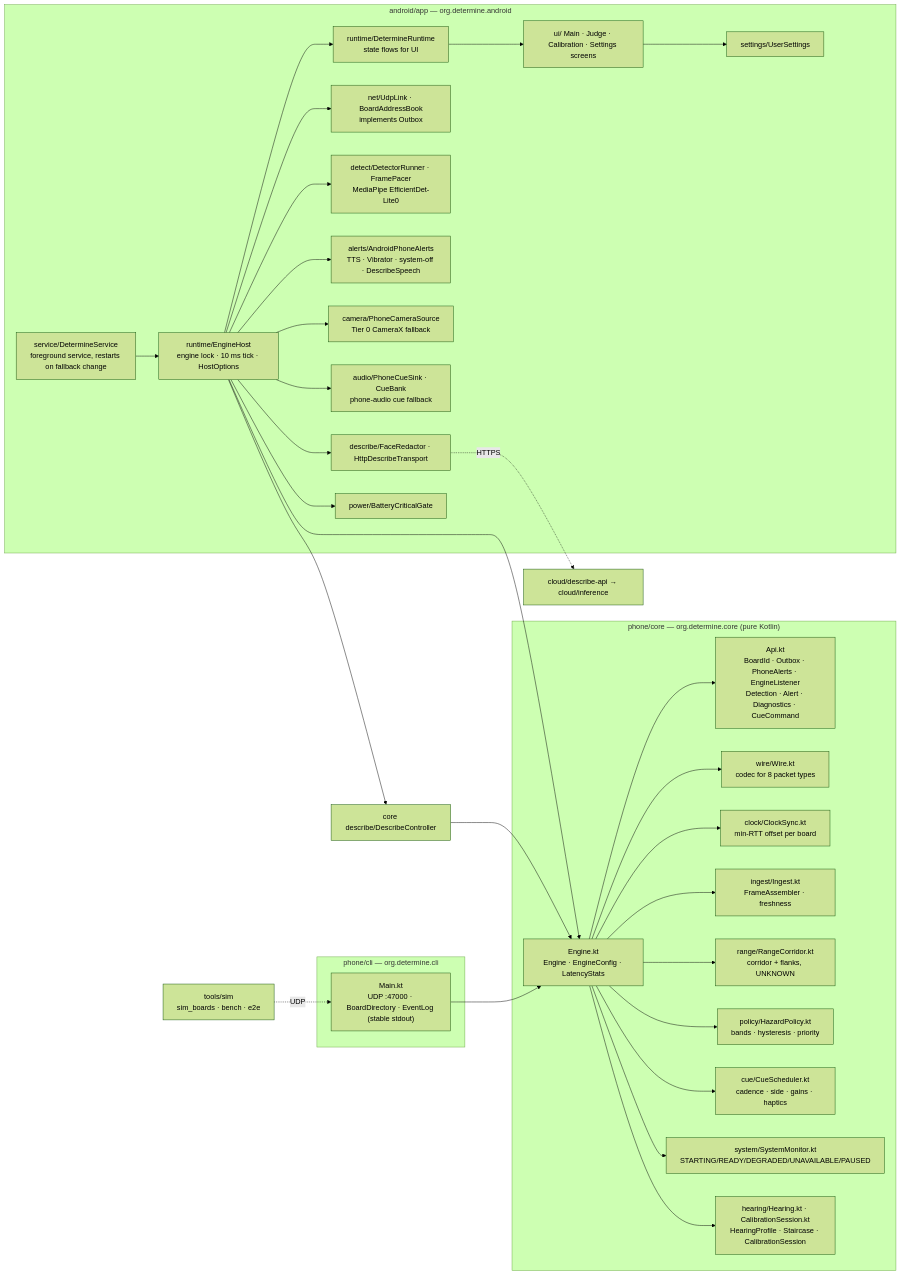
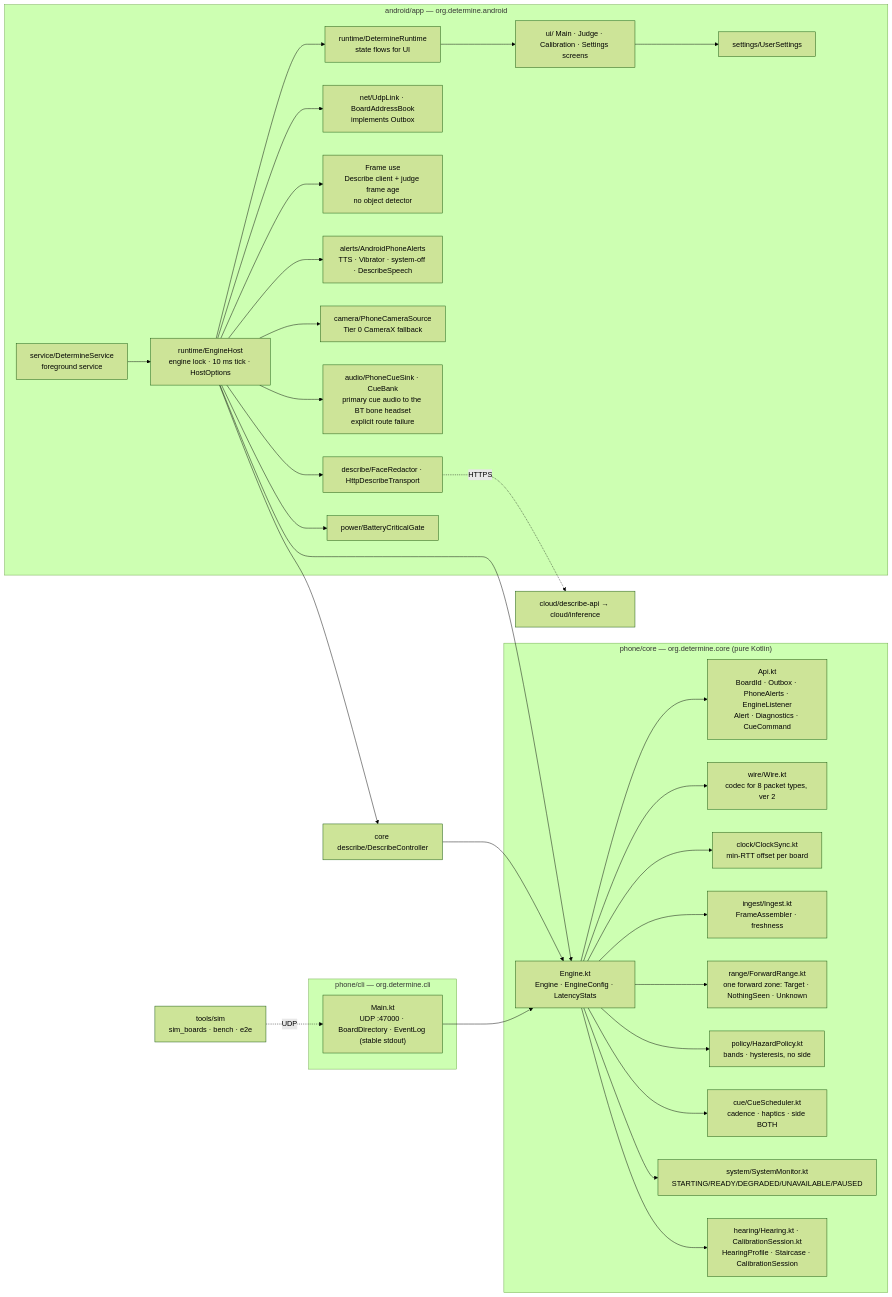
The ninth of 9 diagrams in docs/flows/software.md (nunera/Determine), drawn with Mermaid (forest theme) before and after one commit. The commit also changed other lines of this file and 159 other files, not shown here.

````diff
--- a/docs/flows/software.md
+++ b/docs/flows/software.md
@@ -236,46 +240,46 @@
 ```mermaid
 flowchart LR
   subgraph core["phone/core — org.determine.core (pure Kotlin)"]
-    API["Api.kt<br/>BoardId · Outbox · PhoneAlerts · EngineListener<br/>Detection · Alert · Diagnostics · CueCommand"]
+    API["Api.kt<br/>BoardId · Outbox · PhoneAlerts · EngineListener<br/>Alert · Diagnostics · CueCommand"]
     ENG["Engine.kt<br/>Engine · EngineConfig · LatencyStats"]
-    WIRE["wire/Wire.kt<br/>codec for 8 packet types"]
+    WIRE["wire/Wire.kt<br/>codec for 8 packet types, ver 2"]
     CLK["clock/ClockSync.kt<br/>min-RTT offset per board"]
     ING["ingest/Ingest.kt<br/>FrameAssembler · freshness"]
-    RNG["range/RangeCorridor.kt<br/>corridor + flanks, UNKNOWN"]
-    POL["policy/HazardPolicy.kt<br/>bands · hysteresis · priority"]
-    CUE["cue/CueScheduler.kt<br/>cadence · side · gains · haptics"]
+    RNG["range/ForwardRange.kt<br/>one forward zone: Target · NothingSeen · Unknown"]
+    POL["policy/HazardPolicy.kt<br/>bands · hysteresis, no side"]
+    CUE["cue/CueScheduler.kt<br/>cadence · haptics · side BOTH"]
     SYS["system/SystemMonitor.kt<br/>STARTING/READY/DEGRADED/UNAVAILABLE/PAUSED"]
     HEAR["hearing/Hearing.kt · CalibrationSession.kt<br/>HearingProfile · Staircase · CalibrationSession"]
   end
   ENG --> WIRE & CLK & ING & RNG & POL & CUE & SYS & HEAR
   ENG --> API
   subgraph cli["phone/cli — org.determine.cli"]
     MAIN["Main.kt<br/>UDP :47000 · BoardDirectory · EventLog (stable stdout)"]
   end
   MAIN --> ENG
   subgraph app["android/app — org.determine.android"]
-    SVC["service/DetermineService<br/>foreground service, restarts on fallback change"]
+    SVC["service/DetermineService<br/>foreground service"]
     HOST["runtime/EngineHost<br/>engine lock · 10 ms tick · HostOptions"]
     RT["runtime/DetermineRuntime<br/>state flows for UI"]
     UDP["net/UdpLink · BoardAddressBook<br/>implements Outbox"]
-    DET["detect/DetectorRunner · FramePacer<br/>MediaPipe EfficientDet-Lite0"]
+    FRM["Frame use<br/>Describe client + judge frame age<br/>no object detector"]
     ALR["alerts/AndroidPhoneAlerts<br/>TTS · Vibrator · system-off · DescribeSpeech"]
     CAMS["camera/PhoneCameraSource<br/>Tier 0 CameraX fallback"]
-    CUES["audio/PhoneCueSink · CueBank<br/>phone-audio cue fallback"]
+    CUES["audio/PhoneCueSink · CueBank<br/>primary cue audio to the BT bone headset<br/>explicit route failure"]
     DSC["describe/FaceRedactor · HttpDescribeTransport"]
     PWR["power/BatteryCriticalGate"]
     UI["ui/ Main · Judge · Calibration · Settings screens"]
     SET["settings/UserSettings"]
   end
   DESC["core describe/DescribeController"]
   SVC --> HOST
   HOST --> ENG
   HOST --> DESC
   DESC --> ENG
-  HOST --> UDP & DET & ALR & PWR & CAMS & CUES & DSC
+  HOST --> UDP & FRM & ALR & PWR & CAMS & CUES & DSC
   HOST --> RT
   RT --> UI
   UI --> SET
   DSC -. HTTPS .-> CLOUD["cloud/describe-api → cloud/inference"]
   SIM["tools/sim<br/>sim_boards · bench · e2e"] -. UDP .-> MAIN
 ```
````
